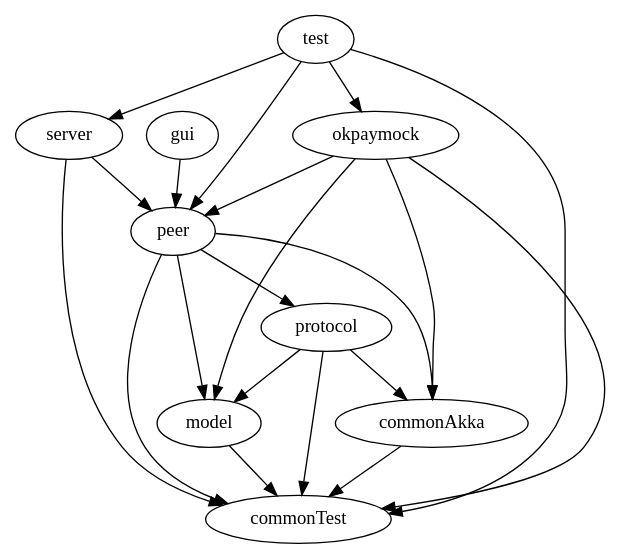
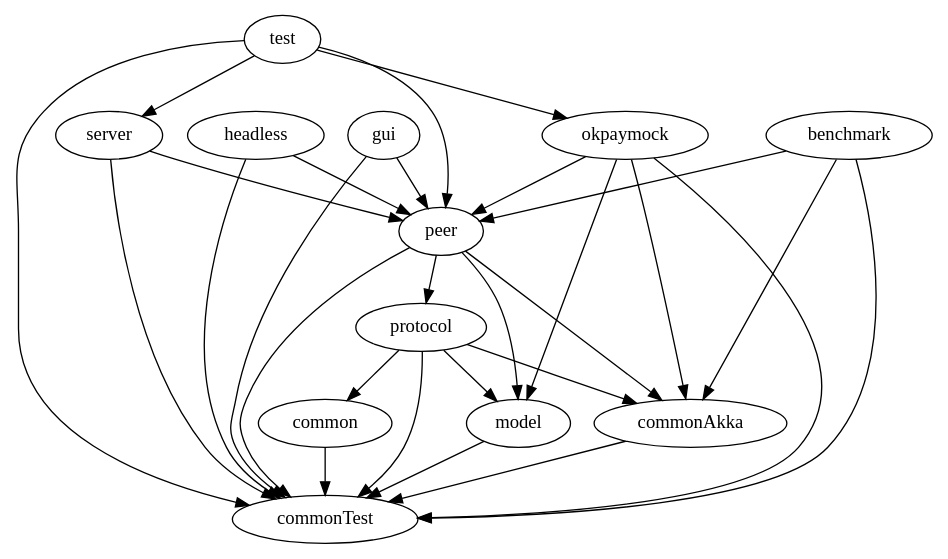
The diagram in doc/graphviz/modules.dot (Gutalean/coinffeine), drawn with Graphviz before and after one commit.

Commit message:
Update modules diagram

```diff
--- a/doc/graphviz/modules.dot
+++ b/doc/graphviz/modules.dot
@@ -1,10 +1,13 @@
 digraph {
     server -> peer, commonTest;
     peer -> model, protocol, commonAkka, commonTest;
-    protocol -> model, commonAkka, commonTest;
+    protocol -> model, common, commonAkka, commonTest;
     model -> commonTest;
-    gui -> peer;
+    common -> commonTest;
+    headless -> peer, commonTest;
+    gui -> peer, commonTest;
     test -> peer, server, commonTest, okpaymock;
     okpaymock -> model, peer, commonAkka, commonTest;
     commonAkka -> commonTest;
+    benchmark -> peer, commonAkka, commonTest;
 }
```
